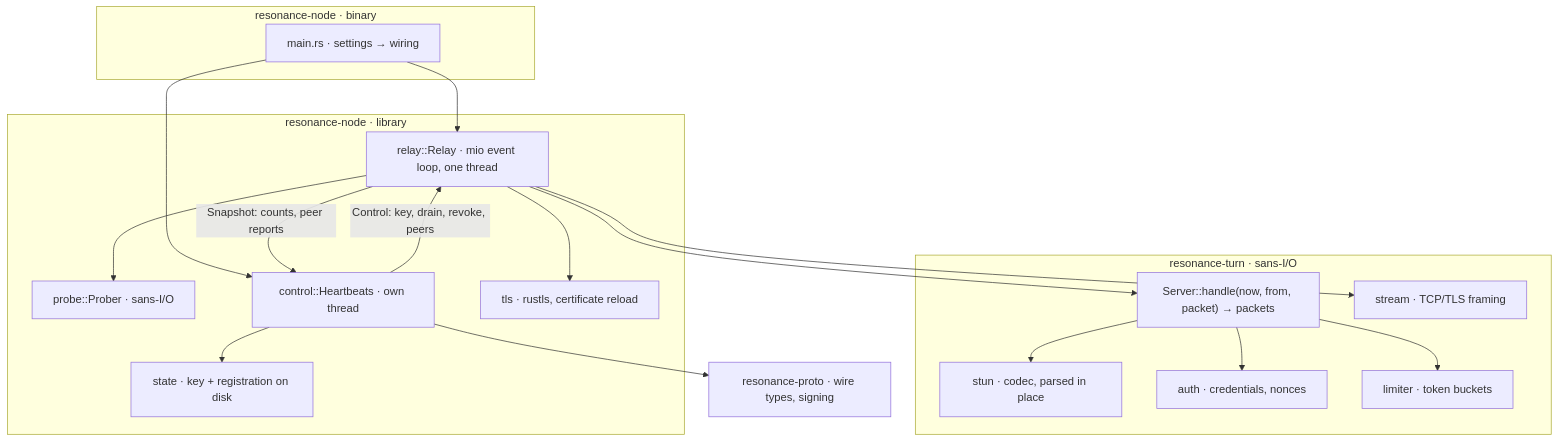
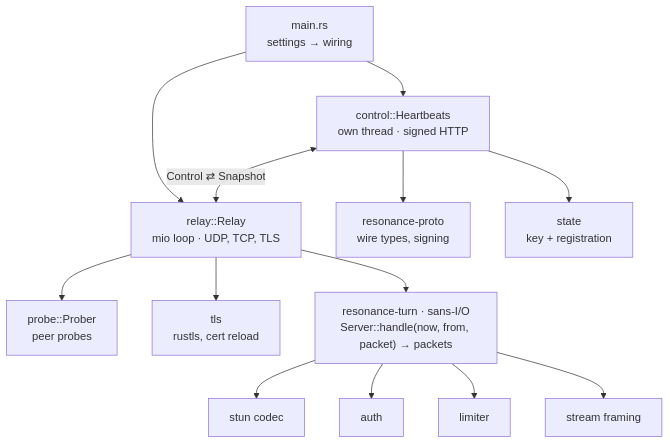
The second of 2 diagrams in docs/ARCHITECTURE.md (gamerelay/resonance), drawn with Mermaid before and after one commit. The commit also changed other lines of this file and 1 other file, not shown here.

Commit message:
Docs: the diagrams redrawn so they read at GitHub's width (no crossing lines, nothing cut off)

````diff
--- a/docs/ARCHITECTURE.md
+++ b/docs/ARCHITECTURE.md
@@ -68,28 +62,11 @@
 ```mermaid
 flowchart TB
-  subgraph bin [resonance-node · binary]
-    MAIN[main.rs · settings → wiring]
-  end
-  subgraph lib [resonance-node · library]
-    RELAY[relay::Relay · mio event loop, one thread]
-    PROBE[probe::Prober · sans-I/O]
-    CTRL[control::Heartbeats · own thread]
-    TLS[tls · rustls, certificate reload]
-    STATE[state · key + registration on disk]
-  end
-  subgraph core [resonance-turn · sans-I/O]
-    SERVER["Server::handle(now, from, packet) → packets"]
-    STUN[stun · codec, parsed in place]
-    AUTH[auth · credentials, nonces]
-    LIM[limiter · token buckets]
-    STREAM[stream · TCP/TLS framing]
-  end
-  PROTO[resonance-proto · wire types, signing]
-  MAIN --> RELAY & CTRL
-  RELAY --> SERVER & PROBE & TLS
-  CTRL --> PROTO & STATE
-  CTRL -- "Control: key, drain, revoke, peers" --> RELAY
-  RELAY -- "Snapshot: counts, peer reports" --> CTRL
-  SERVER --> STUN & AUTH & LIM
-  RELAY --> STREAM
+  MAIN["main.rs<br/>settings → wiring"] --> CTRL & RELAY
+  CTRL["control::Heartbeats<br/>own thread · signed HTTP"] <-- "Control ⇄ Snapshot" --> RELAY["relay::Relay<br/>mio loop · UDP, TCP, TLS"]
+  CTRL --> PROTO["resonance-proto<br/>wire types, signing"]
+  CTRL --> STATE["state<br/>key + registration"]
+  RELAY --> PROBE["probe::Prober<br/>peer probes"]
+  RELAY --> TLS["tls<br/>rustls, cert reload"]
+  RELAY --> CORE["resonance-turn · sans-I/O<br/>Server::handle(now, from, packet) → packets"]
+  CORE --> STUN[stun codec] & AUTH[auth] & LIM[limiter] & STREAM[stream framing]
 ```
````
